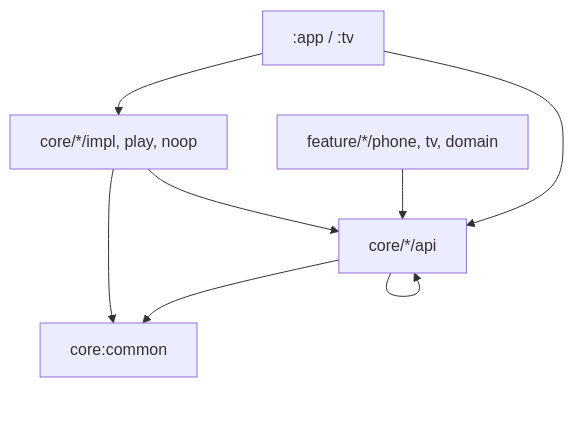
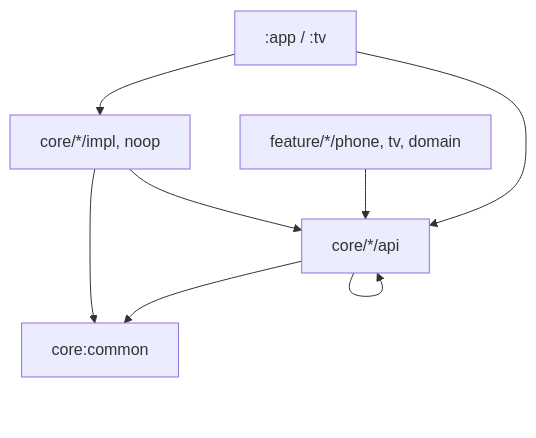
The diagram in docs/app/technical/core-api-impl-split.md (MartinStyk/apk-analyzer), drawn with Mermaid before and after one commit. The commit also changed other lines of this file and 22 other files, not shown here.

First line of the commit message:
Add core:entitlements with Play Billing and no-op implementations

````diff
--- a/docs/app/technical/core-api-impl-split.md
+++ b/docs/app/technical/core-api-impl-split.md
@@ -110,16 +111,16 @@
 ```mermaid
 graph TD
     app[":app / :tv"]
     feature["feature/*/phone, tv, domain"]
     api["core/*/api"]
-    impl["core/*/impl, play, noop"]
+    impl["core/*/impl, noop"]
     common["core:common"]
 
     app --> impl
     app --> api
     feature --> api
     impl --> api
     api --> api
     api --> common
     impl --> common
 ```
````
